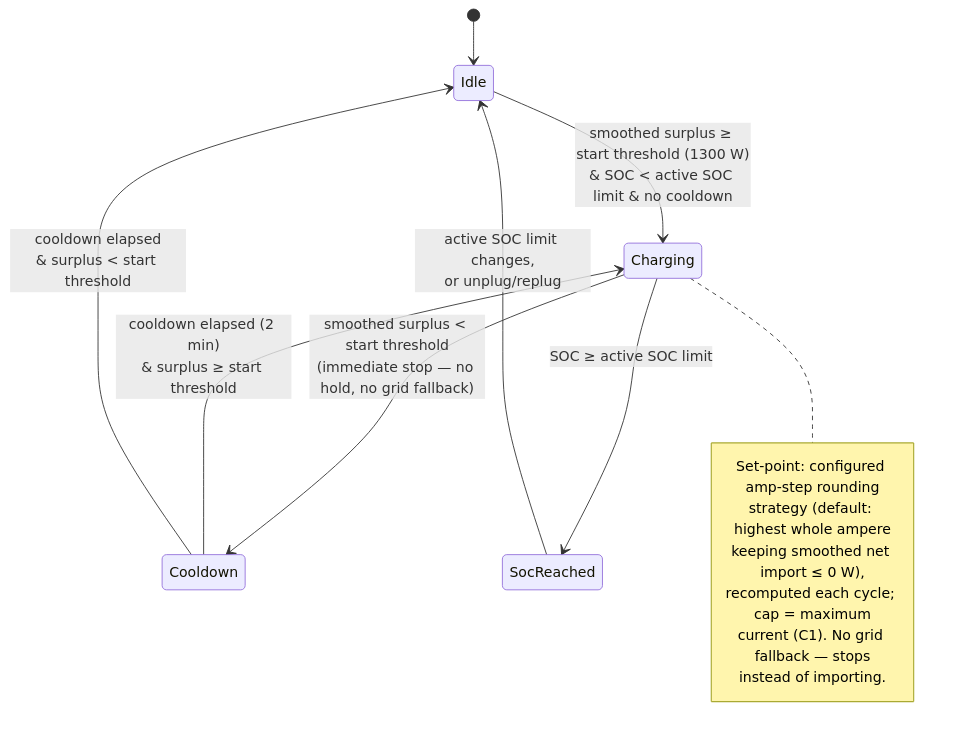
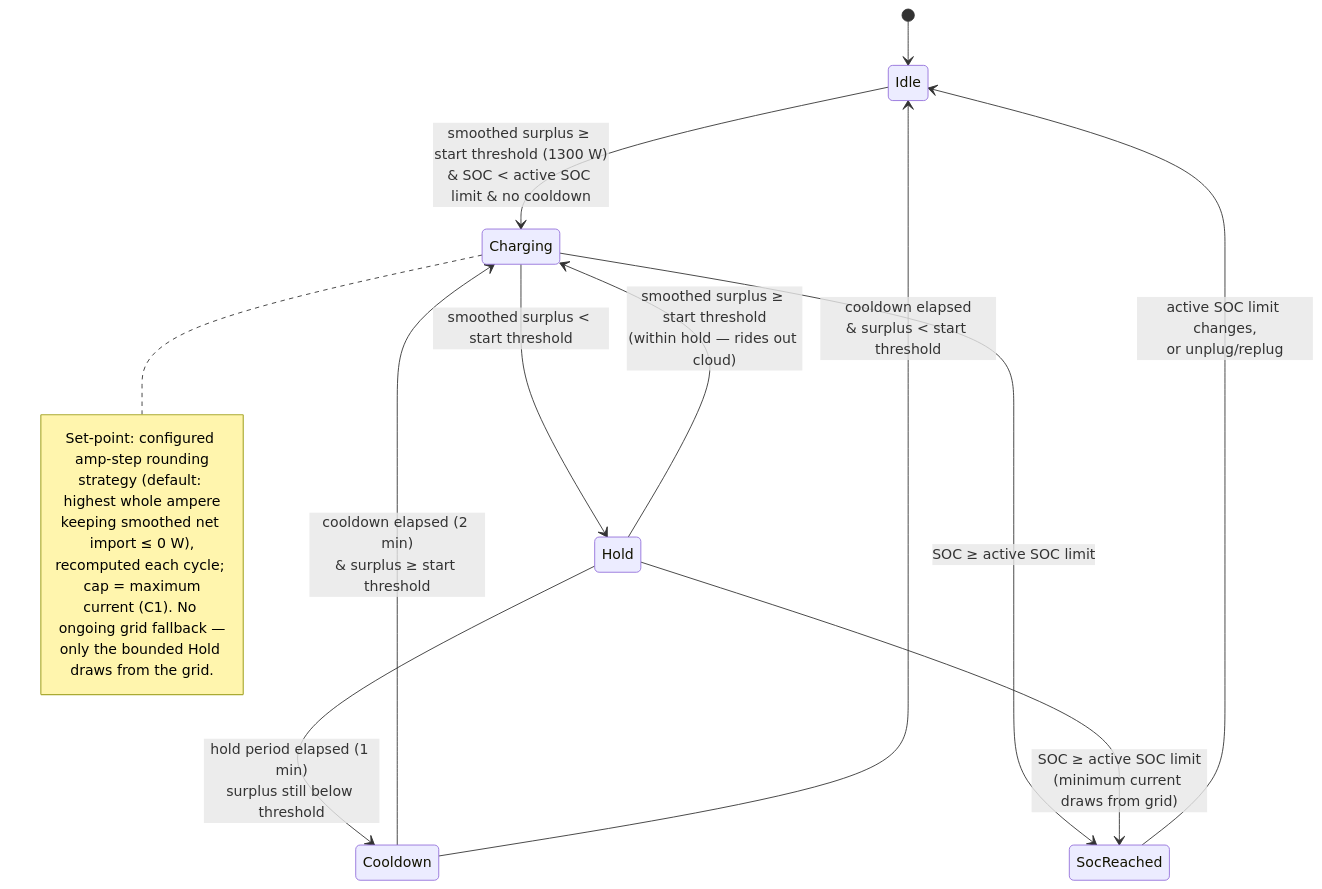
One commit to kristofdegrave/homeassistant-smart-charging changed the diagram in docs/analysis/use-cases/UC02-charge-from-solar-only.md. Above: the diagram before and after it, drawn with Mermaid. The commit also changed other lines of this file and 5 other files, not shown here.

First line of the commit message:
docs: give SolarOnly a bounded post-surplus hold before stopping

````diff
--- a/docs/analysis/use-cases/UC02-charge-from-solar-only.md
+++ b/docs/analysis/use-cases/UC02-charge-from-solar-only.md
@@ -109,18 +117,21 @@
 ```mermaid
 stateDiagram-v2
     [*] --> Idle
     Idle --> Charging: smoothed surplus ≥ start threshold (1300 W)<br/>& SOC < active SOC limit & no cooldown
-    Charging --> Cooldown: smoothed surplus < start threshold<br/>(immediate stop — no hold, no grid fallback)
+    Charging --> Hold: smoothed surplus < start threshold
+    Hold --> Charging: smoothed surplus ≥ start threshold<br/>(within hold — rides out cloud)
+    Hold --> Cooldown: hold period elapsed (1 min)<br/>surplus still below threshold
     Charging --> SocReached: SOC ≥ active SOC limit
+    Hold --> SocReached: SOC ≥ active SOC limit<br/>(minimum current draws from grid)
     Cooldown --> Charging: cooldown elapsed (2 min)<br/>& surplus ≥ start threshold
     Cooldown --> Idle: cooldown elapsed<br/>& surplus < start threshold
     SocReached --> Idle: active SOC limit changes,<br/>or unplug/replug
     note right of Charging
         Set-point: configured amp-step rounding
         strategy (default: highest whole ampere
         keeping smoothed net import ≤ 0 W),
         recomputed each cycle; cap = maximum
-        current (C1). No grid fallback — stops
-        instead of importing.
+        current (C1). No ongoing grid fallback —
+        only the bounded Hold draws from the grid.
     end note
 ```
````
